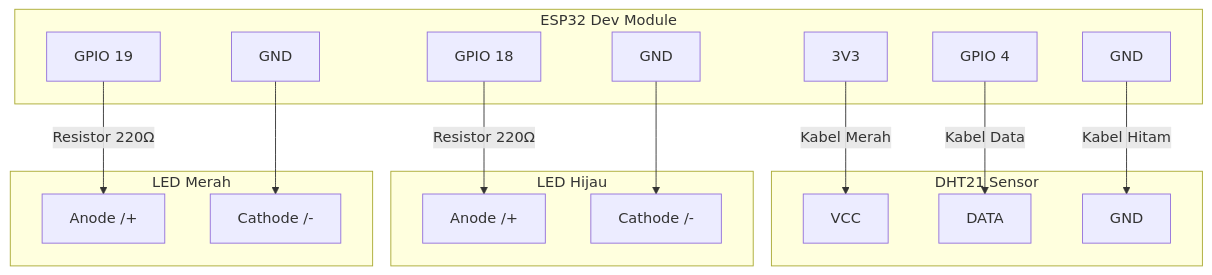
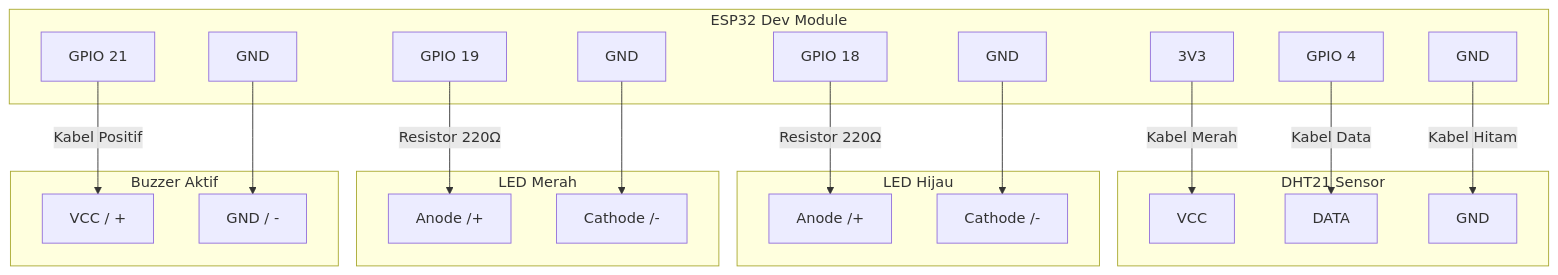
The diagram in esp32/README.md (boyishwara/omaggot), drawn with Mermaid before and after one commit. The commit also changed other lines of this file, not shown here.

Commit message:
upadte buzzer guide

````diff
--- a/esp32/README.md
+++ b/esp32/README.md
@@ -29,38 +31,48 @@
 ```mermaid
 graph TD
     subgraph ESP32 [ESP32 Dev Module]
         3V3[3V3]
         GND1[GND]
         GND2[GND]
         GND3[GND]
+        GND4[GND]
         D4[GPIO 4]
         D18[GPIO 18]
         D19[GPIO 19]
+        D21[GPIO 21]
     end
 
     subgraph DHT [DHT21 Sensor]
         VCC_DHT[VCC]
         DATA_DHT[DATA]
         GND_DHT[GND]
     end
 
     subgraph LED_G [LED Hijau]
         ANODE_G[Anode /+]
         CATHODE_G[Cathode /-]
     end
 
     subgraph LED_R [LED Merah]
         ANODE_R[Anode /+]
         CATHODE_R[Cathode /-]
     end
 
+    subgraph BUZZER [Buzzer Aktif]
+        VCC_B[VCC / +]
+        GND_B[GND / -]
+    end
+
     3V3 -->|Kabel Merah| VCC_DHT
     D4 -->|Kabel Data| DATA_DHT
     GND1 -->|Kabel Hitam| GND_DHT
 
     D18 -->|Resistor 220Ω| ANODE_G
     GND2 --> CATHODE_G
 
     D19 -->|Resistor 220Ω| ANODE_R
     GND3 --> CATHODE_R
+
+    D21 -->|Kabel Positif| VCC_B
+    GND4 --> GND_B
 ```
````
